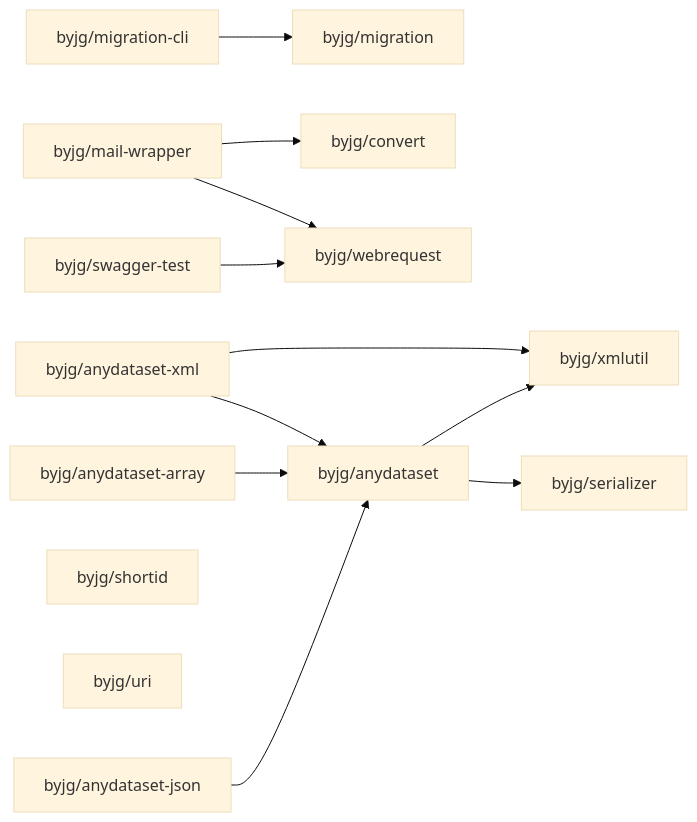
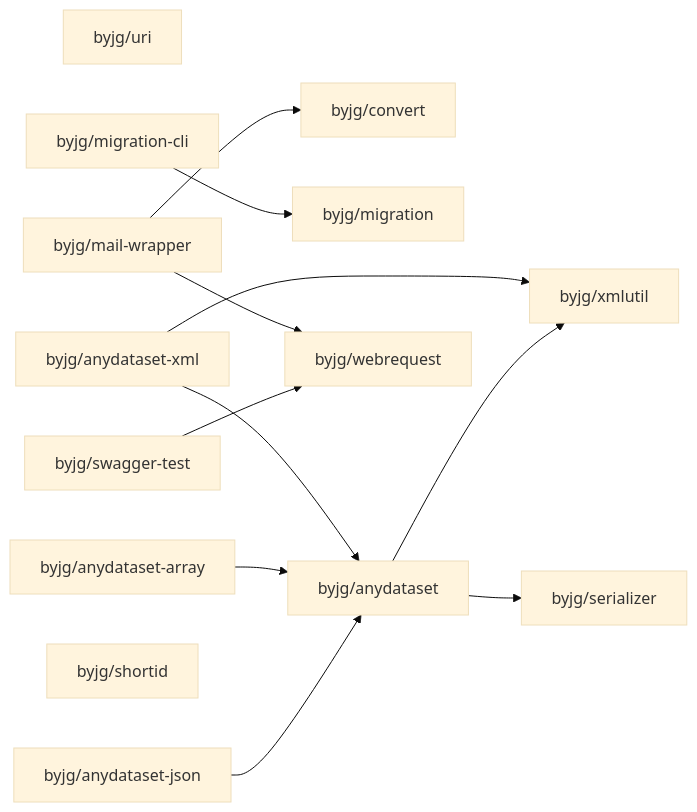
One commit to byjg/byjg.github.io changed the diagram in php/README.md. Above: the diagram before and after it, drawn with Mermaid (base theme). The commit also changed other lines of this file and 1 other file, not shown here.

Commit message:
Update documentation 'php' 'php-uri'

````diff
--- a/php/README.md
+++ b/php/README.md
@@ -3,27 +3,27 @@
 ```mermaid
 graph LR;
-  byjg/migration-cli;
+  byjg/uri;
   byjg/mail-wrapper;
-  byjg/swagger-test;
   byjg/anydataset-array;
   byjg/anydataset-json;
+  byjg/migration-cli;
+  byjg/anydataset-xml;
   byjg/shortid;
-  byjg/uri;
-  byjg/anydataset-xml;
+  byjg/swagger-test;
+  byjg/convert;
   byjg/migration;
-  byjg/convert;
+  byjg/anydataset;
   byjg/webrequest;
-  byjg/anydataset;
   byjg/serializer;
   byjg/xmlutil;
   byjg/anydataset-xml --> byjg/anydataset;
   byjg/anydataset-xml --> byjg/xmlutil;
   byjg/anydataset-array --> byjg/anydataset;
   byjg/mail-wrapper --> byjg/convert;
   byjg/mail-wrapper --> byjg/webrequest;
   byjg/anydataset-json --> byjg/anydataset;
   byjg/swagger-test --> byjg/webrequest;
   byjg/migration-cli --> byjg/migration;
   byjg/anydataset --> byjg/serializer;
   byjg/anydataset --> byjg/xmlutil;
 ```
````
